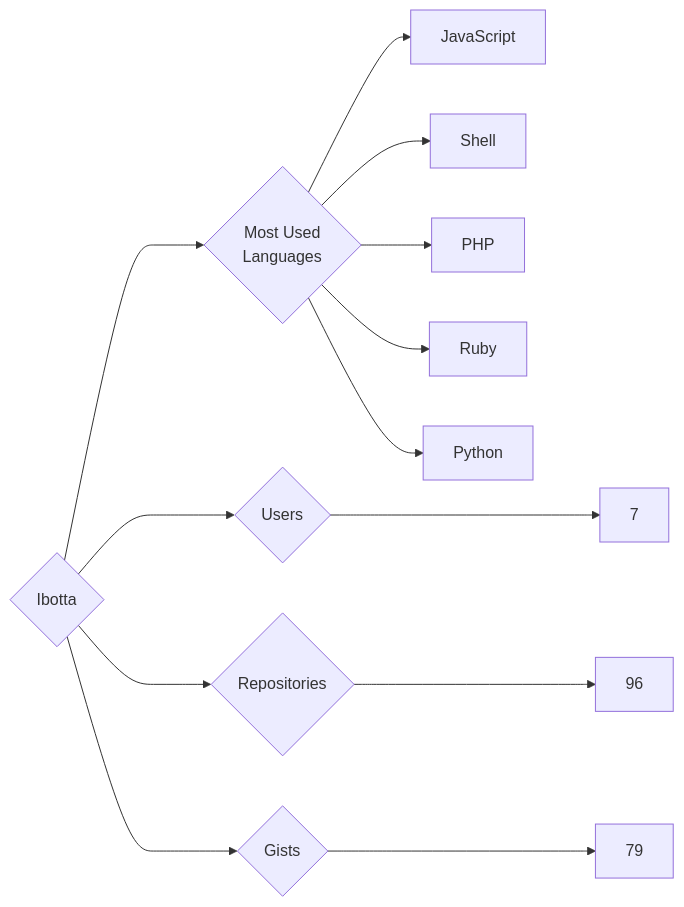
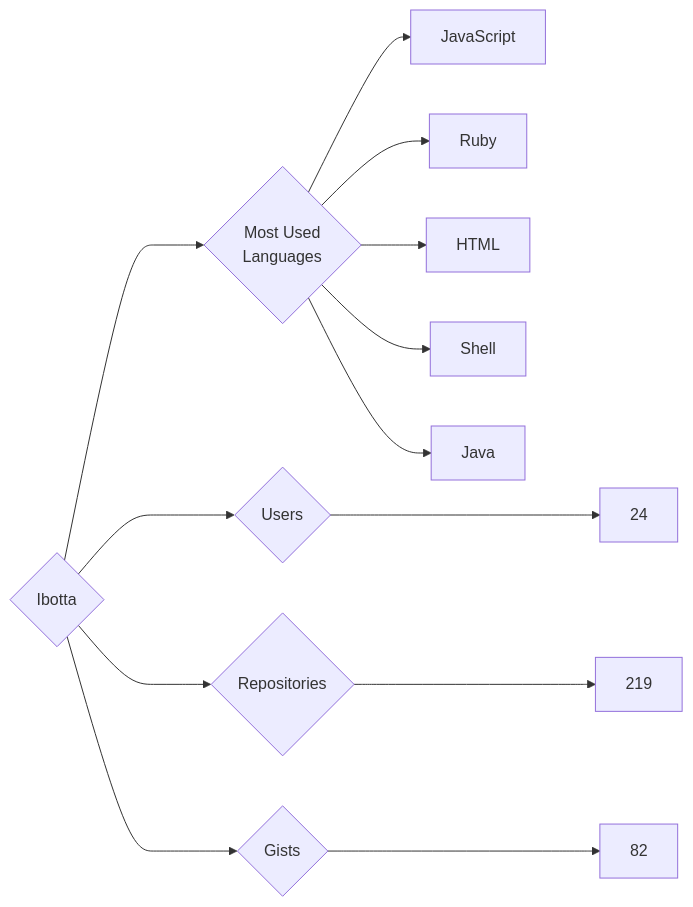
One commit to trickest/insiders changed the diagram in targets/Ibotta/README.md. Above: the diagram before and after it, drawn with Mermaid. The commit also changed 1084 other files, not shown here.

````diff
--- a/targets/Ibotta/README.md
+++ b/targets/Ibotta/README.md
@@ -3,13 +3,13 @@
 ```mermaid
 graph LR
 COMPANY_NAME{Ibotta}
-COMPANY_NAME ---> U{Users} ---> UN[7]
-COMPANY_NAME ---> R{Repositories} ---> RN[96]
-COMPANY_NAME ---> G{Gists} ---> GN[79]
+COMPANY_NAME ---> U{Users} ---> UN[24]
+COMPANY_NAME ---> R{Repositories} ---> RN[219]
+COMPANY_NAME ---> G{Gists} ---> GN[82]
 COMPANY_NAME ---> ML{Most Used<br>Languages}
 ML --> JavaScript[JavaScript]
+ML --> Ruby[Ruby]
+ML --> HTML[HTML]
 ML --> Shell[Shell]
-ML --> PHP[PHP]
-ML --> Ruby[Ruby]
-ML --> Python[Python]
+ML --> Java[Java]
 ```
````
